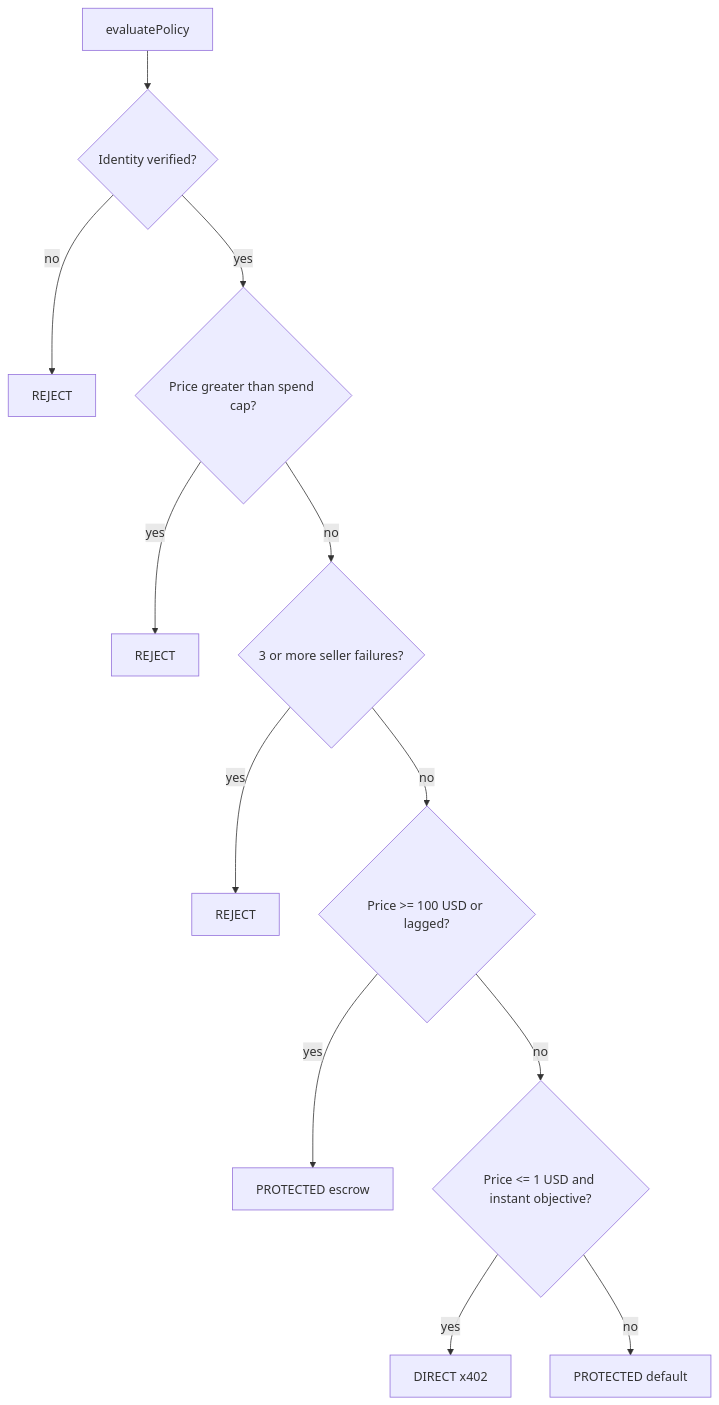
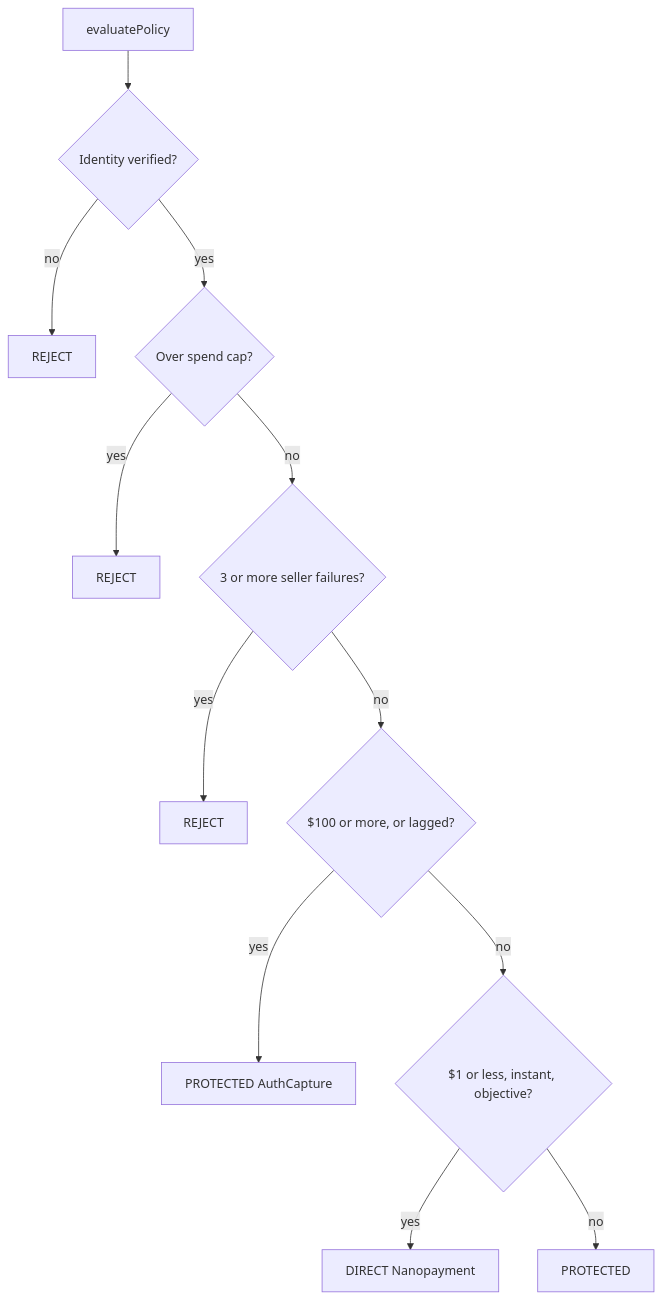
The second of 2 diagrams in README.md (ysbobde2002/AgentARC), drawn with Mermaid before and after one commit. The commit also changed other lines of this file, not shown here.

````diff
--- a/README.md
+++ b/README.md
@@ -79,14 +94,14 @@
 ```mermaid
 flowchart TD
   Start[evaluatePolicy] --> Id{Identity verified?}
   Id -->|no| R1[REJECT]
-  Id -->|yes| Cap{Price greater than spend cap?}
+  Id -->|yes| Cap{Over spend cap?}
   Cap -->|yes| R2[REJECT]
   Cap -->|no| Fail{3 or more seller failures?}
   Fail -->|yes| R3[REJECT]
-  Fail -->|no| Big{Price >= 100 USD or lagged?}
-  Big -->|yes| P1[PROTECTED escrow]
-  Big -->|no| Nano{Price <= 1 USD and instant objective?}
-  Nano -->|yes| D1[DIRECT x402]
-  Nano -->|no| P2[PROTECTED default]
+  Fail -->|no| Big{$100 or more, or lagged?}
+  Big -->|yes| P1[PROTECTED AuthCapture]
+  Big -->|no| Nano{$1 or less, instant, objective?}
+  Nano -->|yes| D1[DIRECT Nanopayment]
+  Nano -->|no| P2[PROTECTED]
 ```
````
